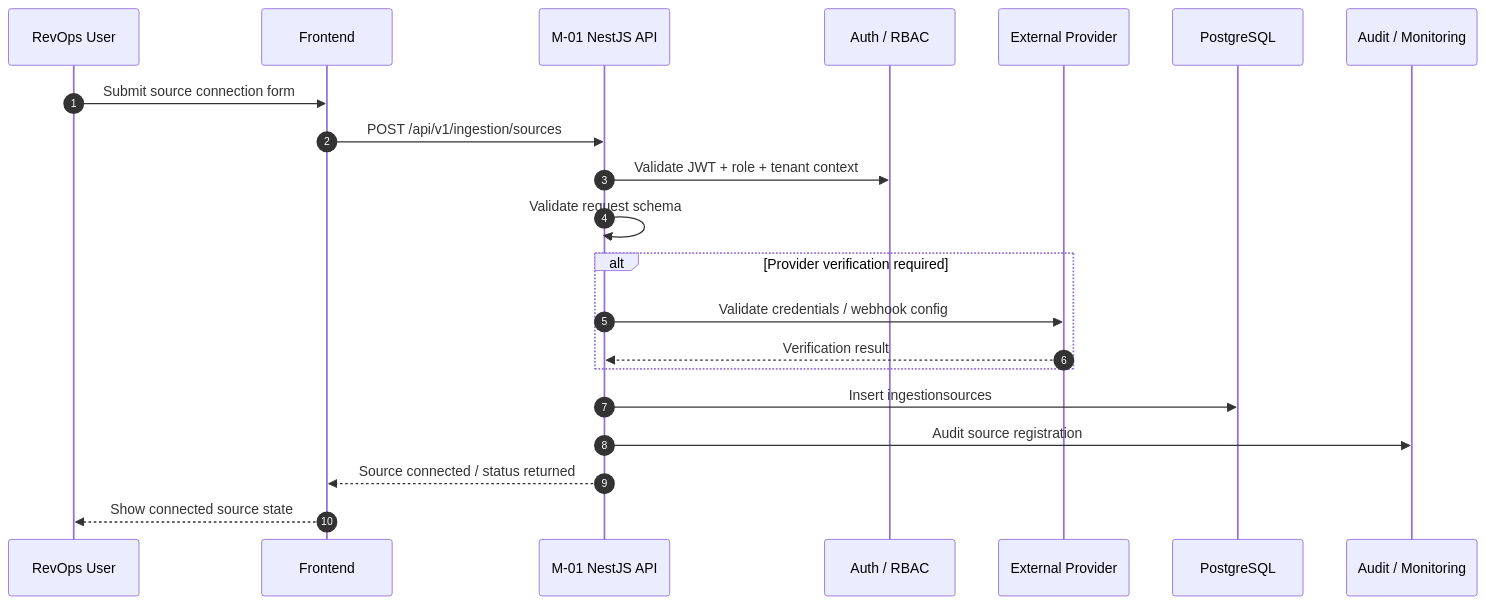
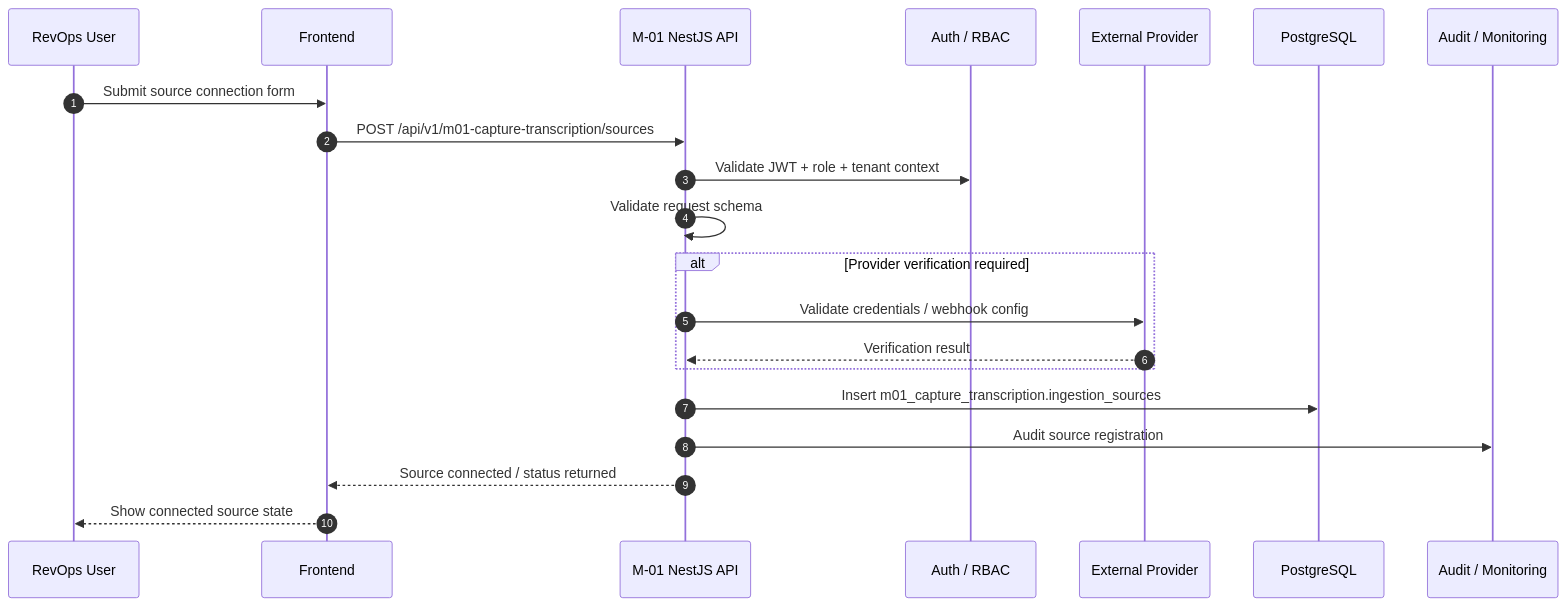
One commit to PoojaTiwari09/FB-and-RP-Fixes changed the fourth of 4 diagrams in Reference documents/M1 Capture & Transcription/m1-sequence diagram.md. Above: the diagram before and after it, drawn with Mermaid. The commit also changed other lines of this file and 79 other files, not shown here.

````diff
--- a/Reference documents/M1 Capture & Transcription/m1-sequence diagram.md
+++ b/Reference documents/M1 Capture & Transcription/m1-sequence diagram.md
@@ -364,26 +364,26 @@
 ```mermaid
 sequenceDiagram
     autonumber
     participant U as RevOps User
     participant FE as Frontend
     participant API as M-01 NestJS API
     participant CORE as Auth / RBAC
     participant EXT as External Provider
     participant DB as PostgreSQL
     participant OBS as Audit / Monitoring
 
     U->>FE: Submit source connection form
-    FE->>API: POST /api/v1/ingestion/sources
+    FE->>API: POST /api/v1/m01-capture-transcription/sources
     API->>CORE: Validate JWT + role + tenant context
     API->>API: Validate request schema
 
     alt Provider verification required
         API->>EXT: Validate credentials / webhook config
         EXT-->>API: Verification result
     end
 
-    API->>DB: Insert ingestionsources
+    API->>DB: Insert m01_capture_transcription.ingestion_sources
     API->>OBS: Audit source registration
     API-->>FE: Source connected / status returned
     FE-->>U: Show connected source state
 ```
````
